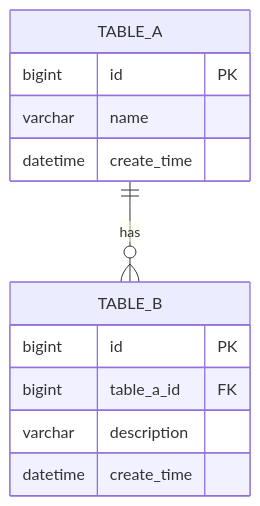
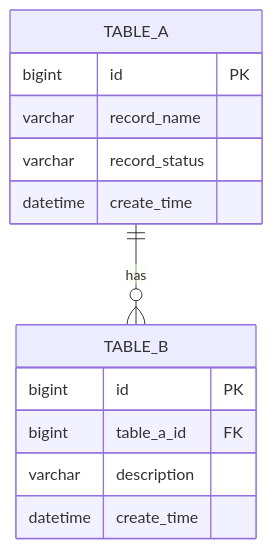
One commit to loveliunian/agent-skills changed the first of 3 diagrams in devflow/templates/详细设计-完整版-模板.md. Above: the diagram before and after it, drawn with Mermaid. The commit also changed other lines of this file and 226 other files, not shown here.

````diff
--- a/devflow/templates/详细设计-完整版-模板.md
+++ b/devflow/templates/详细设计-完整版-模板.md
@@ -143,15 +124,16 @@
 ```mermaid
 erDiagram
     TABLE_A {
         bigint id PK
-        varchar name
+        varchar record_name
+        varchar record_status
         datetime create_time
     }
     TABLE_B {
         bigint id PK
         bigint table_a_id FK
         varchar description
         datetime create_time
     }
     TABLE_A ||--o{ TABLE_B : "has"
 ```
````
